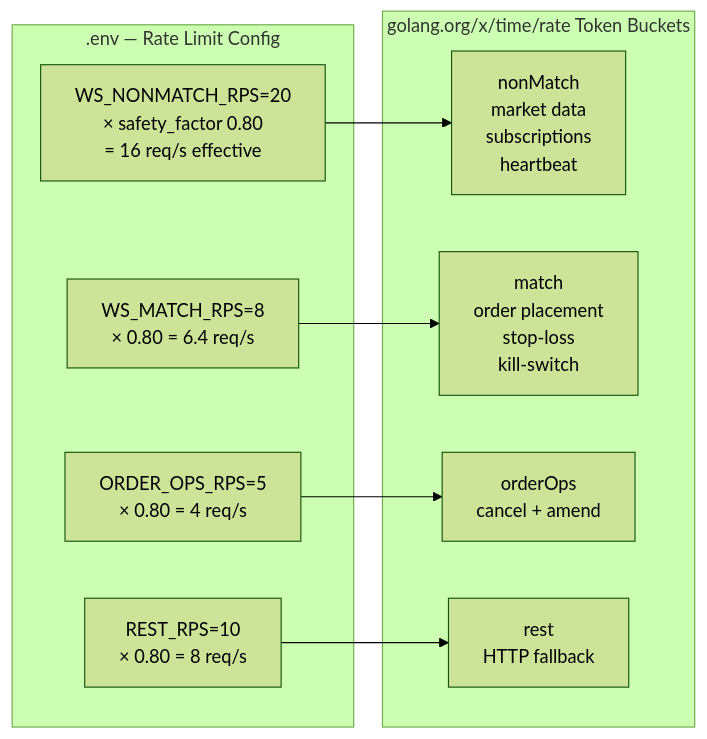
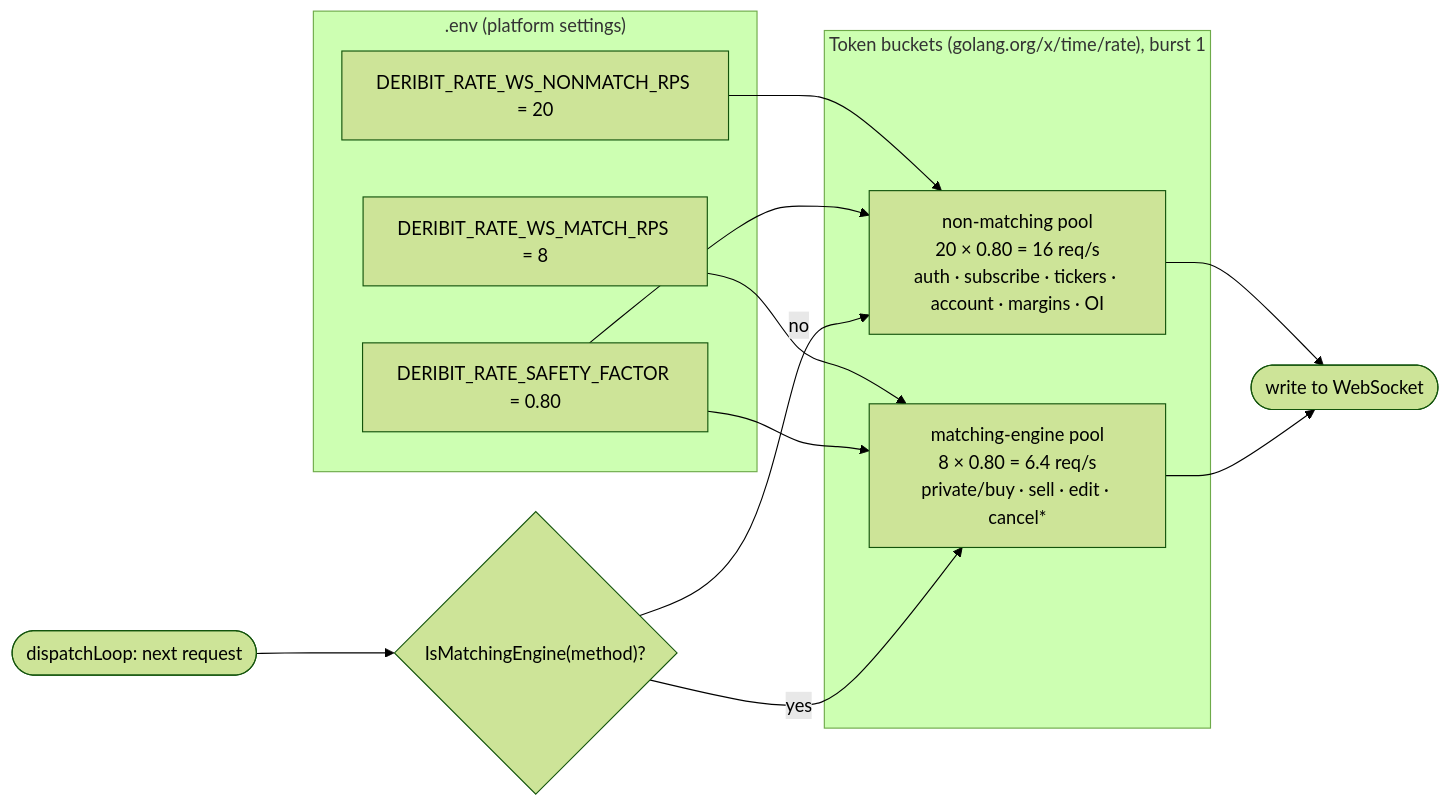
The diagram in docs/gateway_ratelimiter.mmd (rchau73/optionsBot), drawn with Mermaid (forest theme) before and after one commit. The commit also changed 54 other files, not shown here.

```diff
--- a/docs/gateway_ratelimiter.mmd
+++ b/docs/gateway_ratelimiter.mmd
@@ -1,17 +1,20 @@
-graph LR
-    subgraph ENV[".env — Rate Limit Config"]
-        E1["WS_NONMATCH_RPS=20\n× safety_factor 0.80\n= 16 req/s effective"]
-        E2["WS_MATCH_RPS=8\n× 0.80 = 6.4 req/s"]
-        E3["ORDER_OPS_RPS=5\n× 0.80 = 4 req/s"]
-        E4["REST_RPS=10\n× 0.80 = 8 req/s"]
+flowchart LR
+    subgraph ENV[".env (platform settings)"]
+        E1["DERIBIT_RATE_WS_NONMATCH_RPS = 20"]
+        E2["DERIBIT_RATE_WS_MATCH_RPS = 8"]
+        E3["DERIBIT_RATE_SAFETY_FACTOR = 0.80"]
     end
-    subgraph BUCKETS["golang.org/x/time/rate Token Buckets"]
-        B1["nonMatch\nmarket data\nsubscriptions\nheartbeat"]
-        B2["match\norder placement\nstop-loss\nkill-switch"]
-        B3["orderOps\ncancel + amend"]
-        B4["rest\nHTTP fallback"]
+    subgraph POOLS["Token buckets (golang.org/x/time/rate), burst 1"]
+        B1["non-matching pool<br/>20 × 0.80 = 16 req/s<br/>auth · subscribe · tickers · account · margins · OI"]
+        B2["matching-engine pool<br/>8 × 0.80 = 6.4 req/s<br/>private/buy · sell · edit · cancel*"]
     end
+    M{"IsMatchingEngine(method)?"}
     E1 --> B1
     E2 --> B2
-    E3 --> B3
-    E4 --> B4
+    E3 --> B1
+    E3 --> B2
+    REQ(["dispatchLoop: next request"]) --> M
+    M -- "no" --> B1
+    M -- "yes" --> B2
+    B1 --> SEND(["write to WebSocket"])
+    B2 --> SEND
```
